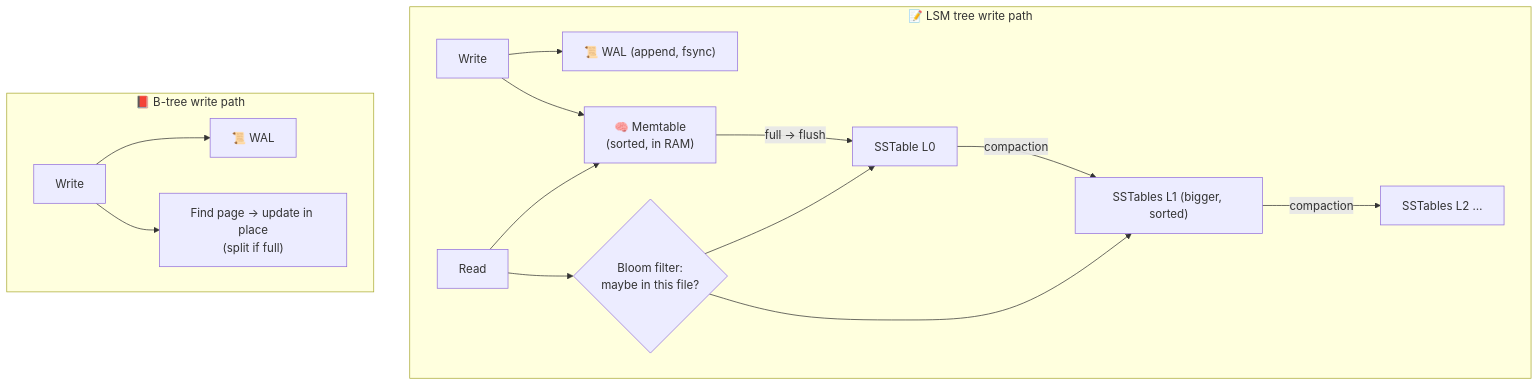
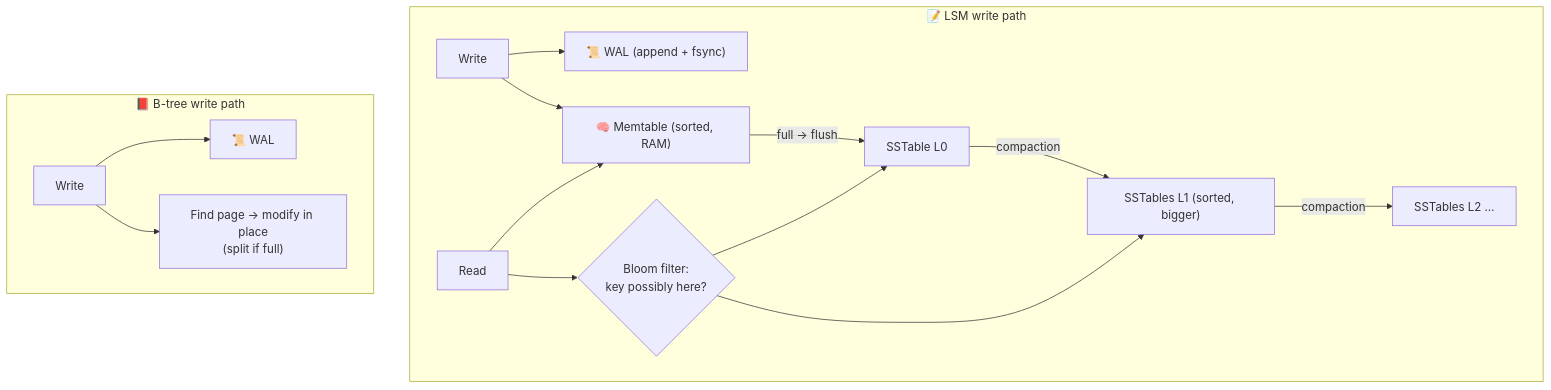
Before and after one commit to winnyboy5/System-Design-from-Atoms: the diagram in phases/10-deep-internals/081-btree-lsm-and-wal.md, drawn with Mermaid. The commit also changed other lines of this file and 9 other files, not shown here.

````diff
--- a/phases/10-deep-internals/081-btree-lsm-and-wal.md
+++ b/phases/10-deep-internals/081-btree-lsm-and-wal.md
@@ -27,18 +37,18 @@
 ```mermaid
 flowchart TB
-    subgraph LSM["📝 LSM tree write path"]
-        W["Write"] --> WAL1["📜 WAL (append, fsync)"]
-        W --> MT["🧠 Memtable<br/>(sorted, in RAM)"]
+    subgraph LSM["📝 LSM write path"]
+        W["Write"] --> WAL1["📜 WAL (append + fsync)"]
+        W --> MT["🧠 Memtable (sorted, RAM)"]
         MT -->|"full → flush"| L0["SSTable L0"]
-        L0 -->|"compaction"| L1["SSTables L1 (bigger, sorted)"]
+        L0 -->|"compaction"| L1["SSTables L1 (sorted, bigger)"]
         L1 -->|"compaction"| L2["SSTables L2 …"]
         R["Read"] --> MT
-        R --> BF{"Bloom filter:<br/>maybe in this file?"}
+        R --> BF{"Bloom filter:<br/>key possibly here?"}
         BF --> L0
         BF --> L1
     end
     subgraph BT["📕 B-tree write path"]
         W2["Write"] --> WAL2["📜 WAL"]
-        W2 --> PG["Find page → update in place<br/>(split if full)"]
+        W2 --> PG["Find page → modify in place<br/>(split if full)"]
     end
 ```
````
